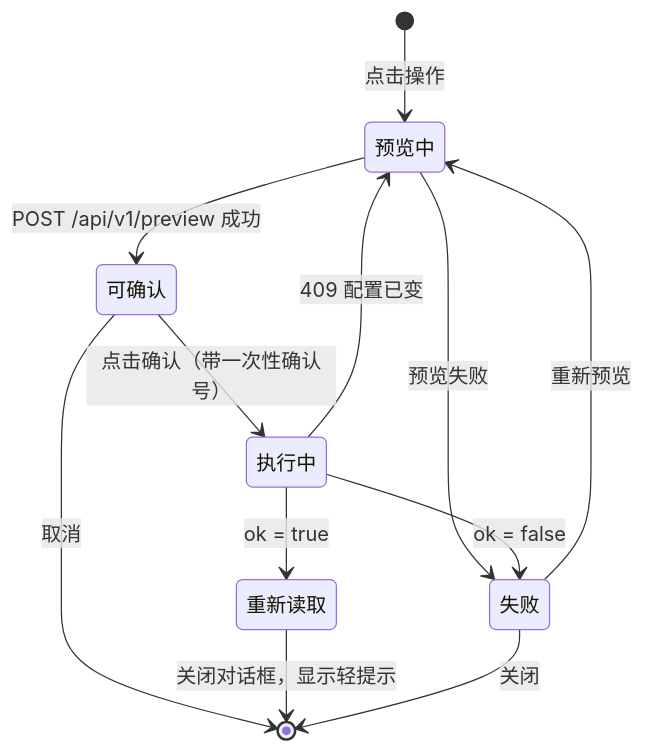
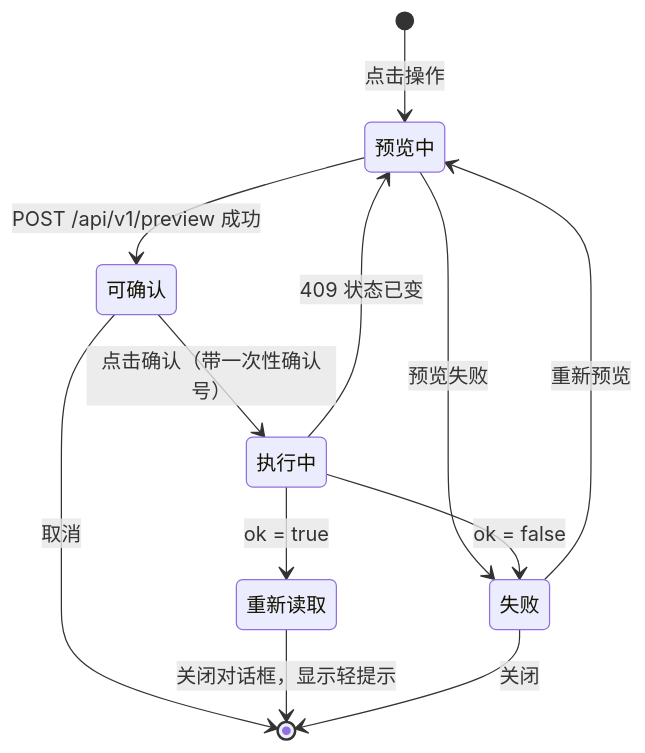
One commit to mrQzs/ThemisTally changed the diagram in docs/themis-tally-3.0-桌面端-UI设计.md. Above: the diagram before and after it, drawn with Mermaid. The commit also changed other lines of this file and 2 other files, not shown here.

````diff
--- a/docs/themis-tally-3.0-桌面端-UI设计.md
+++ b/docs/themis-tally-3.0-桌面端-UI设计.md
@@ -962,14 +963,14 @@
 ```mermaid
 stateDiagram-v2
     [*] --> 预览中: 点击操作
     预览中 --> 可确认: POST /api/v1/preview 成功
     预览中 --> 失败: 预览失败
     可确认 --> 执行中: 点击确认（带一次性确认号）
     可确认 --> [*]: 取消
     执行中 --> 重新读取: ok = true
     执行中 --> 失败: ok = false
-    执行中 --> 预览中: 409 配置已变
+    执行中 --> 预览中: 409 状态已变
     重新读取 --> [*]: 关闭对话框，显示轻提示
     失败 --> 预览中: 重新预览
     失败 --> [*]: 关闭
 ```
````
